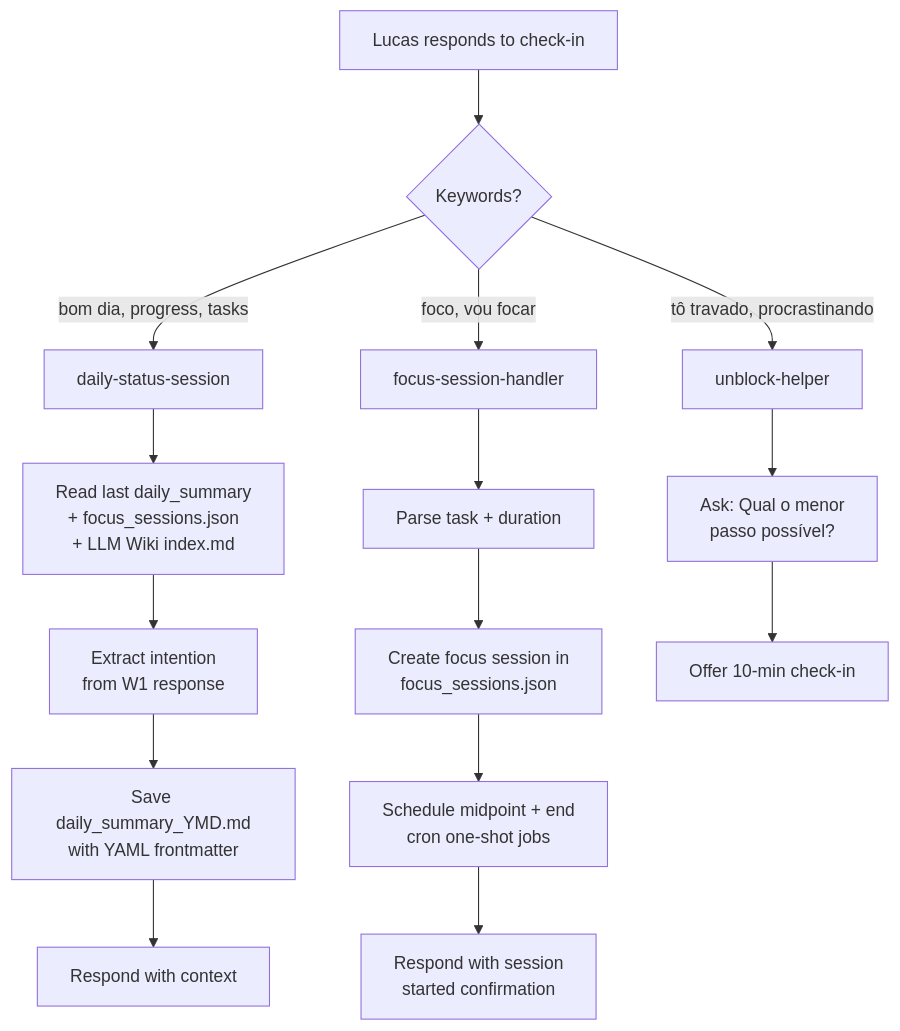
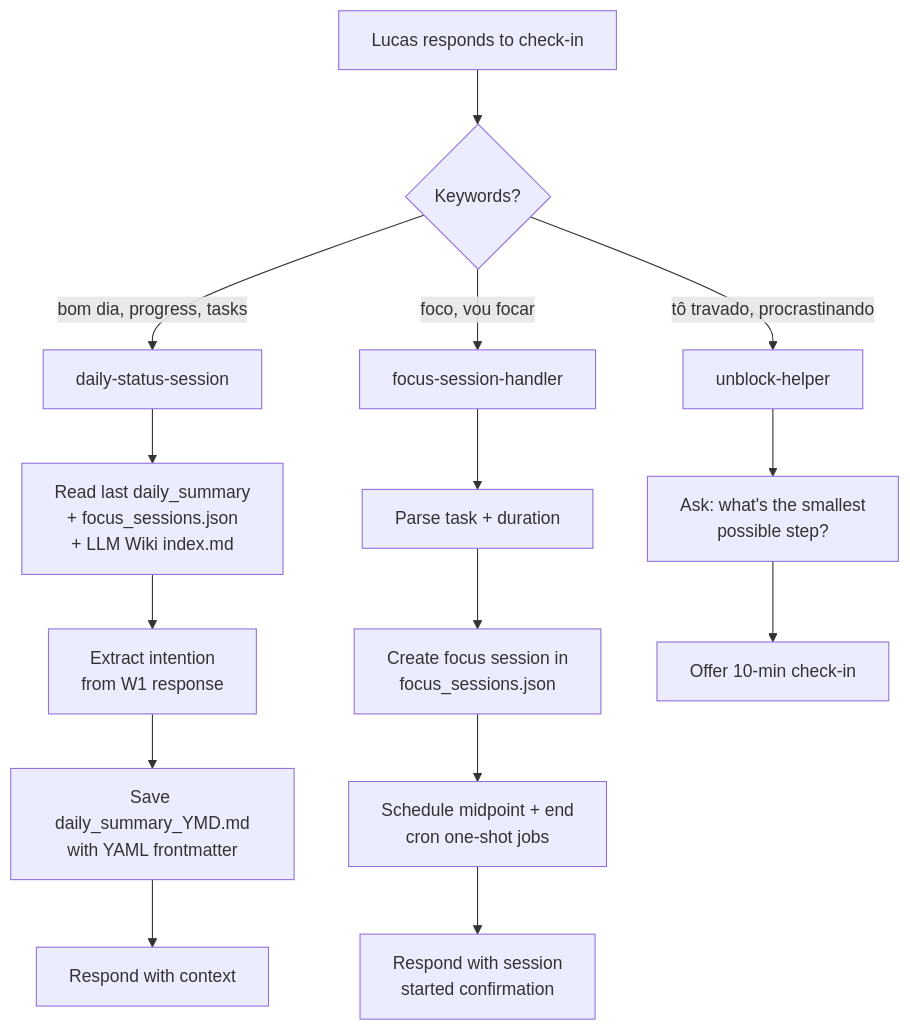
The fifth of 11 diagrams in hermes-data/docs/ACCOUNTABILITY-FLOW.md (augustoolucas/hermes-config), drawn with Mermaid before and after one commit. The commit also changed other lines of this file, not shown here.

First line of the commit message:
docs: ACCOUNTABILITY-FLOW.md — complete architecture doc (EN)

````diff
--- a/hermes-data/docs/ACCOUNTABILITY-FLOW.md
+++ b/hermes-data/docs/ACCOUNTABILITY-FLOW.md
@@ -190,21 +268,21 @@
 ```mermaid
 flowchart TD
     A[Lucas responds to check-in] --> B{Keywords?}
     
     B -->|bom dia, progress, tasks| C[daily-status-session]
     B -->|foco, vou focar| D[focus-session-handler]
     B -->|tô travado, procrastinando| E[unblock-helper]
     
     C --> C1[Read last daily_summary<br/>+ focus_sessions.json<br/>+ LLM Wiki index.md]
     C1 --> C2[Extract intention<br/>from W1 response]
     C2 --> C3[Save daily_summary_YMD.md<br/>with YAML frontmatter]
     C3 --> C4[Respond with context]
     
     D --> D1[Parse task + duration]
     D1 --> D2[Create focus session in<br/>focus_sessions.json]
     D2 --> D3[Schedule midpoint + end<br/>cron one-shot jobs]
     D3 --> D4[Respond with session<br/>started confirmation]
     
-    E --> E1[Ask: Qual o menor<br/>passo possível?]
+    E --> E1[Ask: what's the smallest<br/>possible step?]
     E1 --> E2[Offer 10-min check-in]
 ```
````
